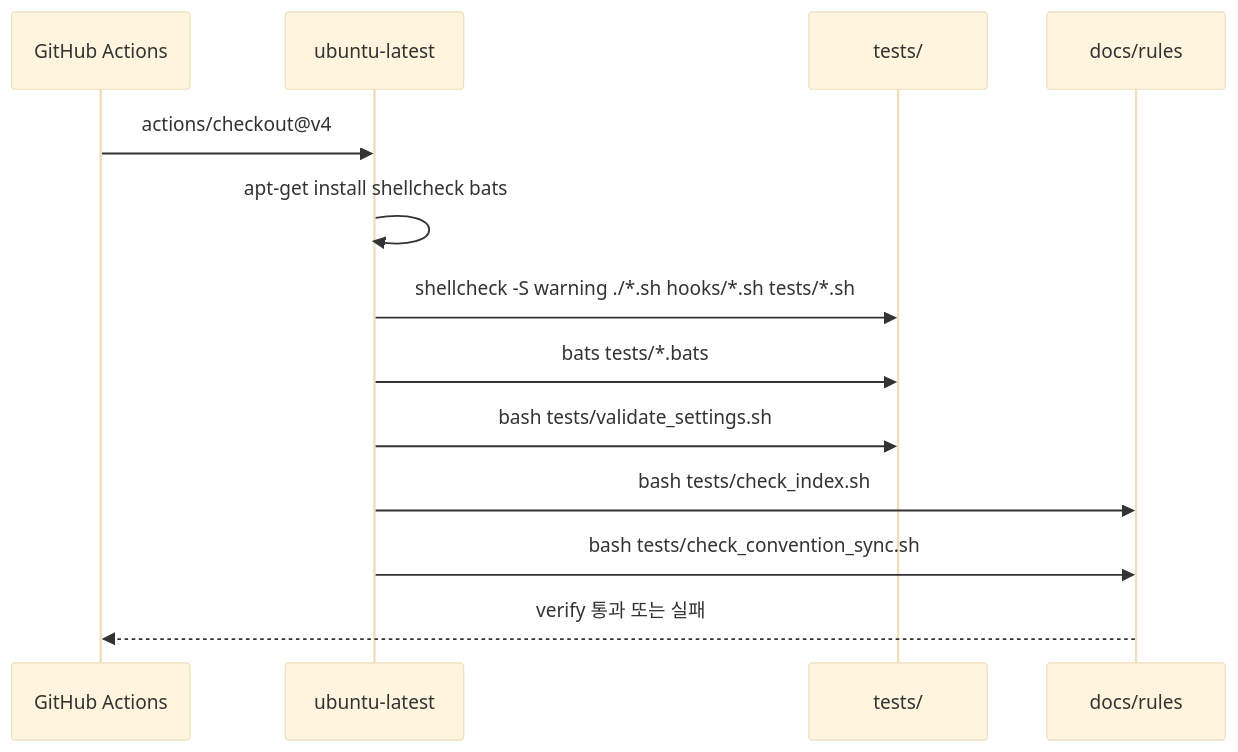
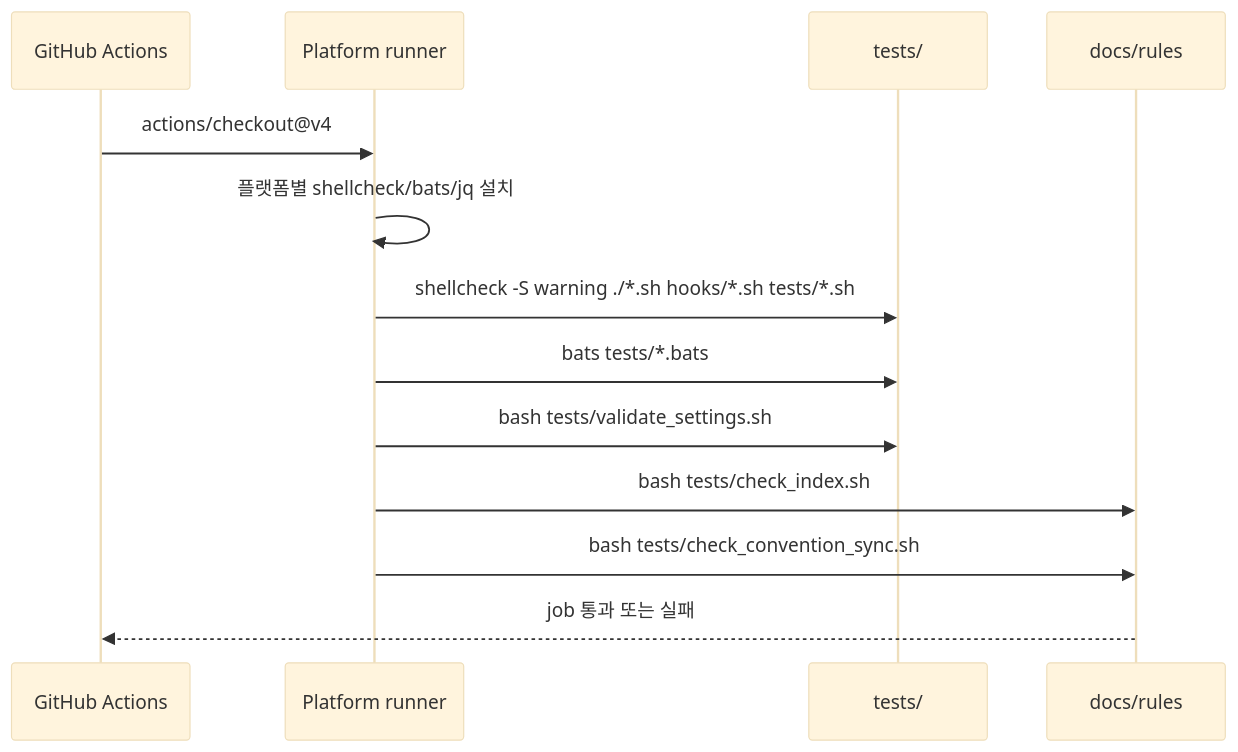
Before and after one commit to jomarusoup/Arachne: the third of 9 diagrams in docs/ci.md, drawn with Mermaid (base theme). The commit also changed other lines of this file and 4 other files, not shown here.

````diff
--- a/docs/ci.md
+++ b/docs/ci.md
@@ -90,16 +92,16 @@
 ```mermaid
 sequenceDiagram
-    participant GH as GitHub Actions
-    participant U as ubuntu-latest
+    participant G as GitHub Actions
+    participant P as Platform runner
     participant T as tests/
     participant D as docs/rules
 
-    GH->>U: actions/checkout@v4
-    U->>U: apt-get install shellcheck bats
-    U->>T: shellcheck -S warning ./*.sh hooks/*.sh tests/*.sh
-    U->>T: bats tests/*.bats
-    U->>T: bash tests/validate_settings.sh
-    U->>D: bash tests/check_index.sh
-    U->>D: bash tests/check_convention_sync.sh
-    D-->>GH: verify 통과 또는 실패
+    G->>P: actions/checkout@v4
+    P->>P: 플랫폼별 shellcheck/bats/jq 설치
+    P->>T: shellcheck -S warning ./*.sh hooks/*.sh tests/*.sh
+    P->>T: bats tests/*.bats
+    P->>T: bash tests/validate_settings.sh
+    P->>D: bash tests/check_index.sh
+    P->>D: bash tests/check_convention_sync.sh
+    D-->>G: job 통과 또는 실패
 ```
````
